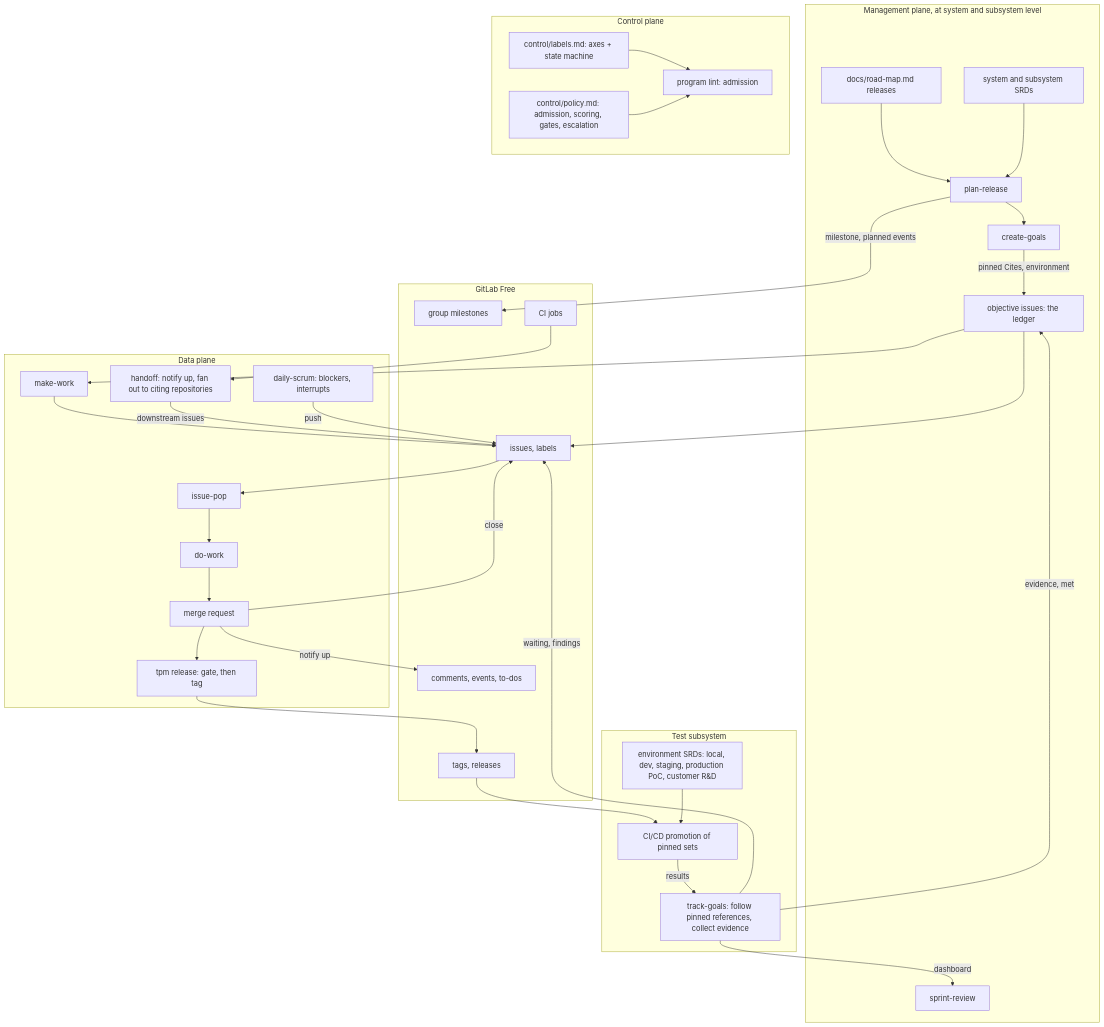
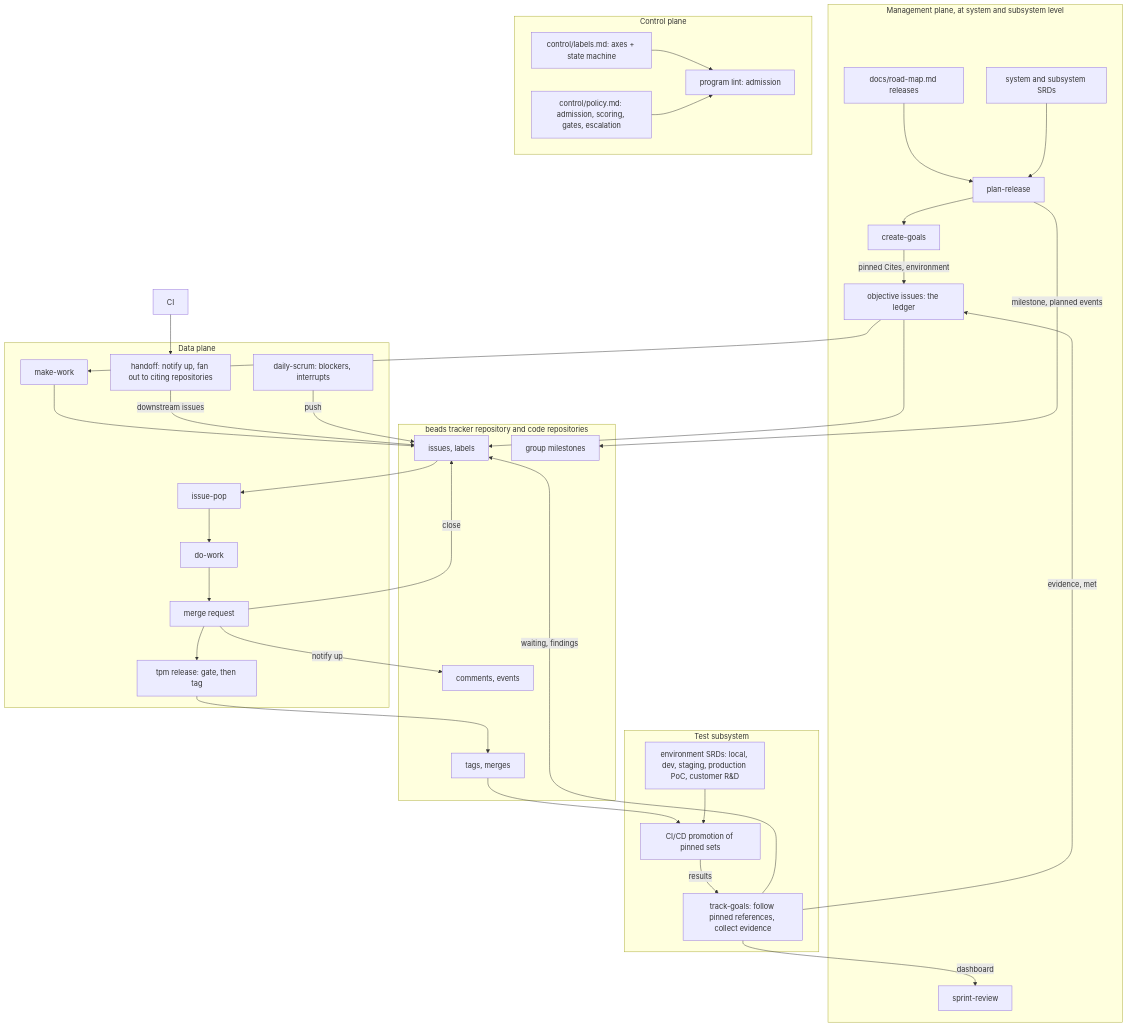
One commit to gray-lake-labs/declarative-agents changed the diagram in docs/ARCHITECTURE.md. Above: the diagram before and after it, drawn with Mermaid. The commit also changed other lines of this file and 45 other files, not shown here.

First line of the commit message:
Remove GitLab and close release 03.0 (GH-12)

````diff
--- a/docs/ARCHITECTURE.md
+++ b/docs/ARCHITECTURE.md
@@ -69,64 +69,63 @@
 ```mermaid
 flowchart TB
   subgraph MGMT[Management plane, at system and subsystem level]
     ROADMAP[docs/road-map.md releases]
     SRDS[system and subsystem SRDs]
     PLAN[plan-release]
     GOALS[create-goals]
     OBJ[objective issues: the ledger]
     REVIEW[sprint-review]
   end
 
   subgraph CTRL[Control plane]
     LABELS[control/labels.md: axes + state machine]
     POLICY[control/policy.md: admission, scoring, gates, escalation]
     LINT[program lint: admission]
   end
 
   subgraph DATA[Data plane]
     MAKE[make-work]
     POP[issue-pop]
     WORK[do-work]
     MR[merge request]
     RELEASE[tpm release: gate, then tag]
     HANDOFF[handoff: notify up, fan out to citing repositories]
     TODAY[daily-scrum: blockers, interrupts]
   end
 
   subgraph TEST[Test subsystem]
     ENVS[environment SRDs: local, dev, staging, production PoC, customer R&D]
     PROMOTE[CI/CD promotion of pinned sets]
     TRACK[track-goals: follow pinned references, collect evidence]
   end
 
-  subgraph TRACKER[GitLab Free]
+  subgraph TRACKER[beads tracker repository and code repositories]
     ISSUES[issues, labels]
     MILESTONES[group milestones]
-    COMMENTS[comments, events, to-dos]
-    TAGS[tags, releases]
-    CI[CI jobs]
+    COMMENTS[comments, events]
+    TAGS[tags, merges]
   end
 
   ROADMAP --> PLAN
   SRDS --> PLAN
   PLAN -->|milestone, planned events| MILESTONES
   PLAN --> GOALS
   GOALS -->|pinned Cites, environment| OBJ
   OBJ --> ISSUES
   OBJ --> MAKE --> ISSUES
   LABELS --> LINT
   POLICY --> LINT
   ISSUES --> POP --> WORK --> MR
   MR -->|close| ISSUES
   MR -->|notify up| COMMENTS
   MR --> RELEASE --> TAGS
   CI --> HANDOFF
   HANDOFF -->|downstream issues| ISSUES
   TAGS --> PROMOTE
   ENVS --> PROMOTE
   PROMOTE -->|results| TRACK
   TRACK -->|evidence, met| OBJ
   TRACK -->|waiting, findings| ISSUES
   TRACK -->|dashboard| REVIEW
   TODAY -->|push| ISSUES
 ```
````
